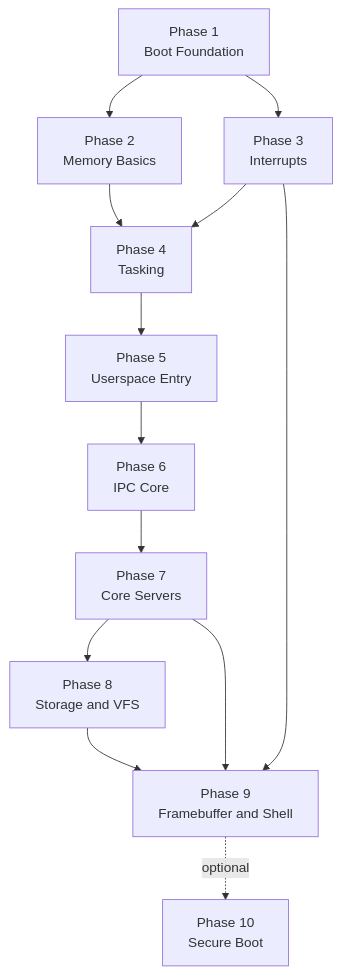
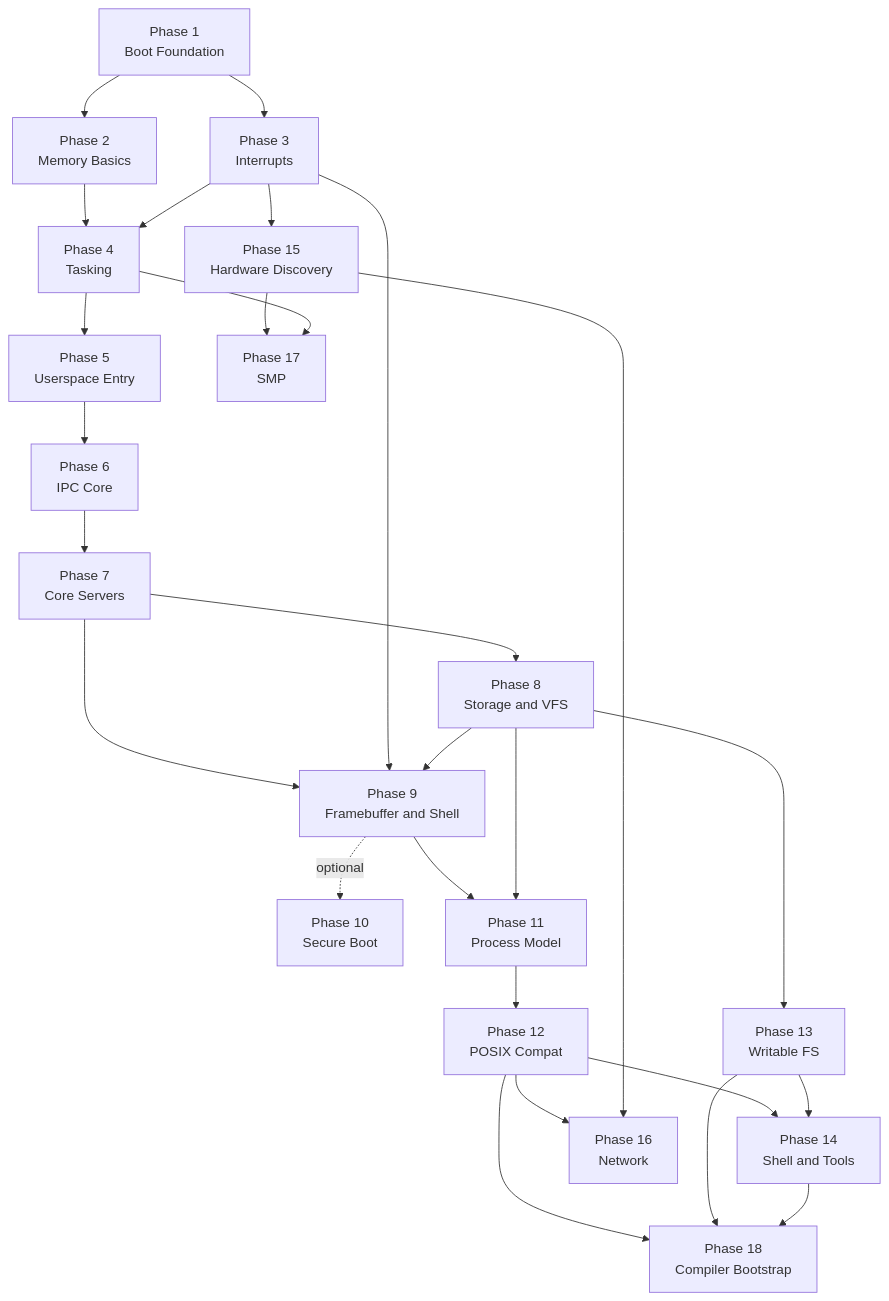
One commit to mikecubed/m3OS changed the first of 2 diagrams in docs/roadmap/README.md. Above: the diagram before and after it, drawn with Mermaid. The commit also changed other lines of this file and 21 other files, not shown here.

First line of the commit message:
Add extended roadmap phases 11-18 and Phase 11 task list

````diff
--- a/docs/roadmap/README.md
+++ b/docs/roadmap/README.md
@@ -27,25 +27,39 @@
 ```mermaid
 flowchart TD
     P1["Phase 1<br/>Boot Foundation"]
     P2["Phase 2<br/>Memory Basics"]
     P3["Phase 3<br/>Interrupts"]
     P4["Phase 4<br/>Tasking"]
     P5["Phase 5<br/>Userspace Entry"]
     P6["Phase 6<br/>IPC Core"]
     P7["Phase 7<br/>Core Servers"]
     P8["Phase 8<br/>Storage and VFS"]
     P9["Phase 9<br/>Framebuffer and Shell"]
 
     P1 --> P2
     P1 --> P3
     P2 --> P4
     P3 --> P4
     P4 --> P5
     P5 --> P6
     P6 --> P7
     P7 --> P8
     P7 --> P9
     P3 --> P9
     P8 --> P9
     P9 -.->|optional| P10["Phase 10<br/>Secure Boot"]
+    P9 --> P11["Phase 11<br/>Process Model"]
+    P8 --> P11
+    P11 --> P12["Phase 12<br/>POSIX Compat"]
+    P8 --> P13["Phase 13<br/>Writable FS"]
+    P12 --> P14["Phase 14<br/>Shell and Tools"]
+    P13 --> P14
+    P3 --> P15["Phase 15<br/>Hardware Discovery"]
+    P12 --> P16["Phase 16<br/>Network"]
+    P15 --> P16
+    P15 --> P17["Phase 17<br/>SMP"]
+    P4 --> P17
+    P12 --> P18["Phase 18<br/>Compiler Bootstrap"]
+    P13 --> P18
+    P14 --> P18
 ```
````
